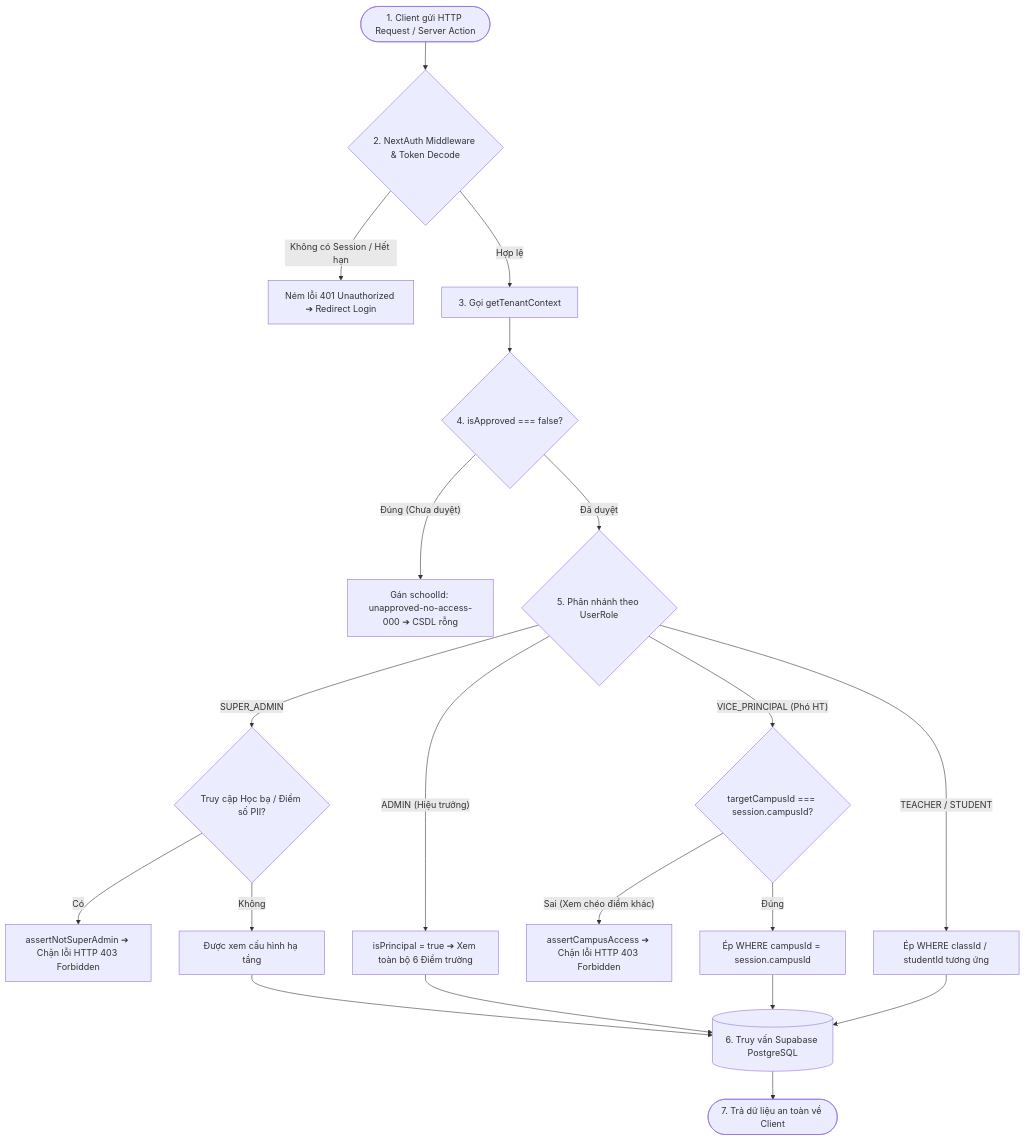
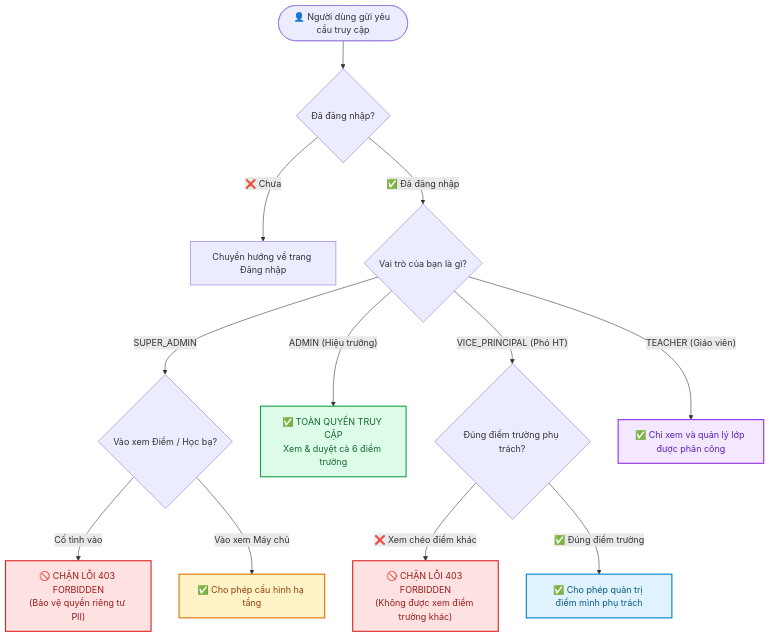
One commit to Phuc2009-c/quanlytruonghocc changed the fourth of 6 diagrams in THUYET_MINH_VIBE_CODING_WORKFLOW_LOGIC.md. Above: the diagram before and after it, drawn with Mermaid. The commit also changed other lines of this file, not shown here.

````diff
--- a/THUYET_MINH_VIBE_CODING_WORKFLOW_LOGIC.md
+++ b/THUYET_MINH_VIBE_CODING_WORKFLOW_LOGIC.md
@@ -243,31 +196,31 @@
 ```mermaid
 flowchart TD
-    Req([1. Client gửi HTTP Request / Server Action]) --> AuthMid{2. NextAuth Middleware & Token Decode}
-    
-    AuthMid -- "Không có Session / Hết hạn" --> Err401[Ném lỗi 401 Unauthorized ➔ Redirect Login]
-    AuthMid -- "Hợp lệ" --> GetCtx[3. Gọi getTenantContext]
-    
-    GetCtx --> CheckApproved{4. isApproved === false?}
-    CheckApproved -- "Đúng (Chưa duyệt)" --> BlockUnapproved[Gán schoolId: unapproved-no-access-000 ➔ CSDL rỗng]
-    
-    CheckApproved -- "Đã duyệt" --> RoleBranch{5. Phân nhánh theo UserRole}
-    
-    RoleBranch -- "SUPER_ADMIN" --> CheckSuperAdmin{Truy cập Học bạ / Điểm số PII?}
-    CheckSuperAdmin -- "Có" --> BlockSuper[assertNotSuperAdmin ➔ Chặn lỗi HTTP 403 Forbidden]
-    CheckSuperAdmin -- "Không" --> QueryInfra[Được xem cấu hình hạ tầng]
-    
-    RoleBranch -- "ADMIN (Hiệu trưởng)" --> AdminFull[isPrincipal = true ➔ Xem toàn bộ 6 Điểm trường]
-    
-    RoleBranch -- "VICE_PRINCIPAL (Phó HT)" --> CheckCampus{targetCampusId === session.campusId?}
-    CheckCampus -- "Sai (Xem chéo điểm khác)" --> BlockCross[assertCampusAccess ➔ Chặn lỗi HTTP 403 Forbidden]
-    CheckCampus -- "Đúng" --> ScopedQuery[Ép WHERE campusId = session.campusId]
-    
-    RoleBranch -- "TEACHER / STUDENT" --> ScopedUser[Ép WHERE classId / studentId tương ứng]
-    
-    AdminFull --> PrismaQuery[(6. Truy vấn Supabase PostgreSQL)]
-    ScopedQuery --> PrismaQuery
-    ScopedUser --> PrismaQuery
-    QueryInfra --> PrismaQuery
-    
-    PrismaQuery --> Resp([7. Trả dữ liệu an toàn về Client])
+    User([👤 Người dùng gửi yêu cầu truy cập]) --> CheckLogin{Đã đăng nhập?}
+
+    CheckLogin -- "❌ Chưa" --> Login[Chuyển hướng về trang Đăng nhập]
+    CheckLogin -- "✅ Đã đăng nhập" --> RoleCheck{Vai trò của bạn là gì?}
+
+    %% Nhánh Super Admin
+    RoleCheck -- "SUPER_ADMIN" --> AccessPII{Vào xem Điểm / Học bạ?}
+    AccessPII -- "Cố tình vào" --> BlockSuper["🚫 CHẶN LỖI 403 FORBIDDEN<br/>(Bảo vệ quyền riêng tư PII)"]
+    AccessPII -- "Vào xem Máy chủ" --> OK_Infra["✅ Cho phép cấu hình hạ tầng"]
+
+    %% Nhánh Hiệu trưởng
+    RoleCheck -- "ADMIN (Hiệu trưởng)" --> OK_All["✅ TOÀN QUYỀN TRUY CẬP<br/>Xem & duyệt cả 6 điểm trường"]
+
+    %% Nhánh Phó Hiệu trưởng
+    RoleCheck -- "VICE_PRINCIPAL (Phó HT)" --> CheckCampus{Đúng điểm trường phụ trách?}
+    CheckCampus -- "❌ Xem chéo điểm khác" --> BlockCross["🚫 CHẶN LỖI 403 FORBIDDEN<br/>(Không được xem điểm trường khác)"]
+    CheckCampus -- "✅ Đúng điểm trường" --> OK_Campus["✅ Cho phép quản trị điểm mình phụ trách"]
+
+    %% Nhánh Giáo viên
+    RoleCheck -- "TEACHER (Giáo viên)" --> OK_Teacher["✅ Chỉ xem và quản lý lớp được phân công"]
+
+    %% Định dạng màu sắc
+    style BlockSuper fill:#fee2e2,stroke:#dc2626,stroke-width:2px,color:#991b1b
+    style BlockCross fill:#fee2e2,stroke:#dc2626,stroke-width:2px,color:#991b1b
+    style OK_All fill:#dcfce7,stroke:#16a34a,stroke-width:2px,color:#166534
+    style OK_Campus fill:#e0f2fe,stroke:#0284c7,stroke-width:2px,color:#075985
+    style OK_Teacher fill:#f3e8ff,stroke:#9333ea,stroke-width:2px,color:#5b21b6
+    style OK_Infra fill:#fef3c7,stroke:#d97706,stroke-width:2px,color:#92400e
 ```
````
